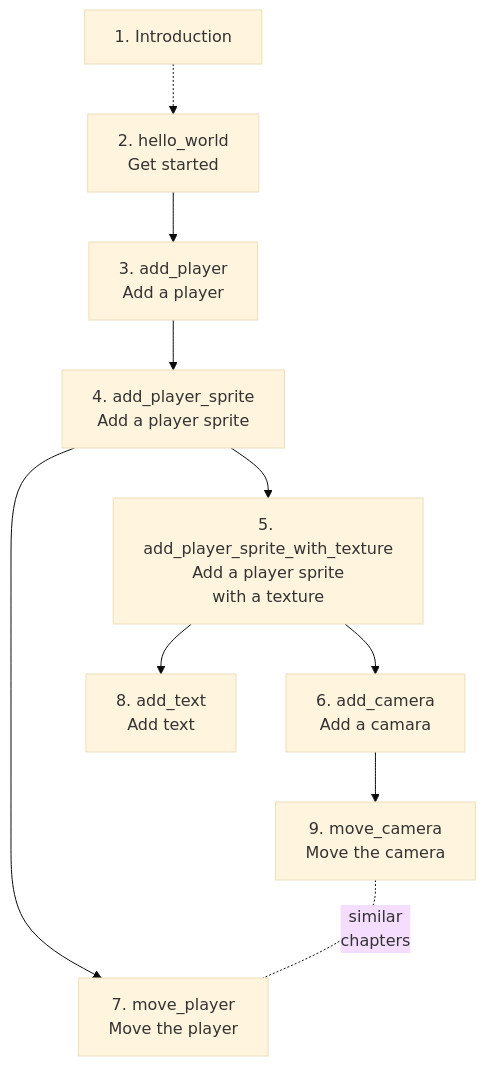
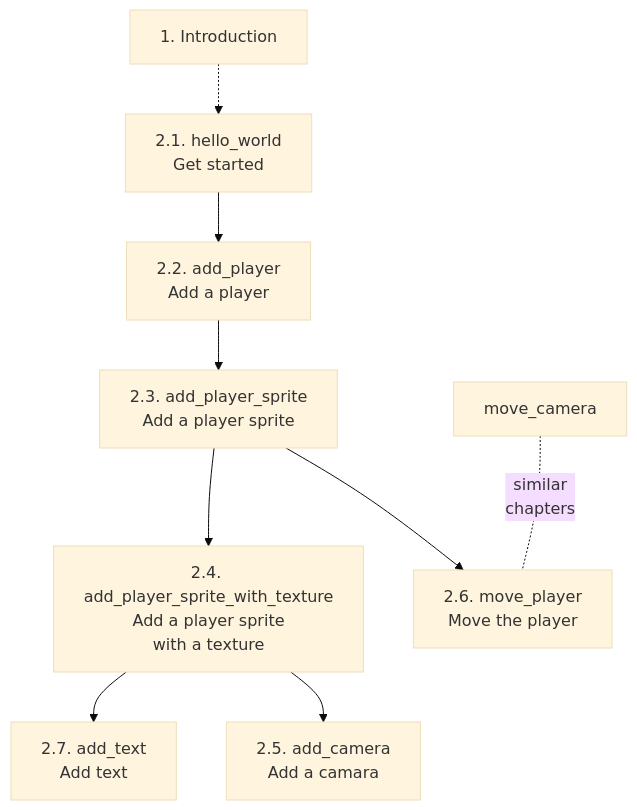
The first of 2 diagrams in README.md (richelbilderbeek/bevy_tdd_book), drawn with Mermaid (base theme) before and after one commit. The commit also changed other lines of this file and 1 other file, not shown here.

Commit message:
'move_camera' moved to appendix

````diff
--- a/README.md
+++ b/README.md
@@ -21,22 +21,20 @@
 ```mermaid
 flowchart TD
   introduction[1. Introduction]
-  hello_world[2. hello_world\nGet started]
-  add_player[3. add_player\nAdd a player]
-  add_player_sprite[4. add_player_sprite\nAdd a player sprite]
-  add_player_sprite_with_texture[5. add_player_sprite_with_texture\nAdd a player sprite\nwith a texture]
-  add_camera[6. add_camera\nAdd a camara]
-  move_player[7. move_player\nMove the player]
-  add_text[8. add_text\nAdd text]
-  move_camera[9. move_camera\nMove the camera]
+  hello_world[2.1. hello_world\nGet started]
+  add_player[2.2. add_player\nAdd a player]
+  add_player_sprite[2.3. add_player_sprite\nAdd a player sprite]
+  add_player_sprite_with_texture[2.4. add_player_sprite_with_texture\nAdd a player sprite\nwith a texture]
+  add_camera[2.5. add_camera\nAdd a camara]
+  move_player[2.6. move_player\nMove the player]
+  add_text[2.7. add_text\nAdd text]
 
   introduction -.-> hello_world
   hello_world --> add_player
   add_player --> add_player_sprite
   add_player_sprite --> add_player_sprite_with_texture
   add_player_sprite_with_texture --> add_text
   add_player_sprite_with_texture --> add_camera
   add_player_sprite --> move_player
-  add_camera --> move_camera
   move_camera -.- |similar\nchapters| move_player
 ```
````
